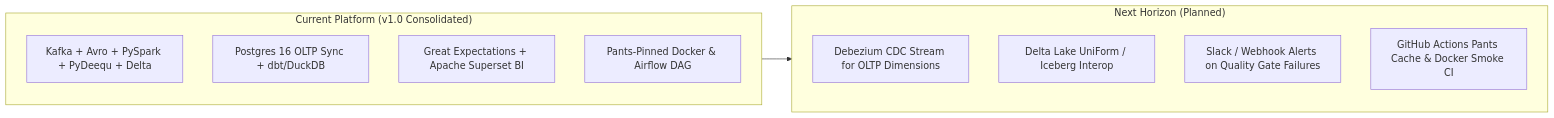
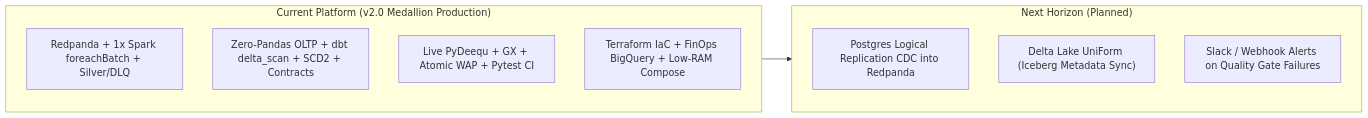
One commit to JayKay24/data-engineering changed the diagram in docs/wiki/Requirements-Traceability.md. Above: the diagram before and after it, drawn with Mermaid. The commit also changed other lines of this file and 77 other files, not shown here.

Commit message:
feat(ecommerce): modernize pipeline to Medallion Lakehouse with Redpanda, WAP DuckDB, SCD2, Cosmos & CI

````diff
--- a/docs/wiki/Requirements-Traceability.md
+++ b/docs/wiki/Requirements-Traceability.md
@@ -48,18 +41,17 @@
 ```mermaid
 flowchart LR
-  subgraph Current ["Current Platform (v1.0 Consolidated)"]
-    Stream["Kafka + Avro + PySpark + PyDeequ + Delta"]
-    OLTP["Postgres 16 OLTP Sync + dbt/DuckDB"]
-    Quality["Great Expectations + Apache Superset BI"]
-    Docker["Pants-Pinned Docker & Airflow DAG"]
+  subgraph Current ["Current Platform (v2.0 Medallion Production)"]
+    Stream["Redpanda + 1x Spark foreachBatch + Silver/DLQ"]
+    OLTP["Zero-Pandas OLTP + dbt delta_scan + SCD2 + Contracts"]
+    Quality["Live PyDeequ + GX + Atomic WAP + Pytest CI"]
+    Cloud["Terraform IaC + FinOps BigQuery + Low-RAM Compose"]
   end
 
   subgraph NextHorizon ["Next Horizon (Planned)"]
-    CDC["Debezium CDC Stream for OLTP Dimensions"]
-    Iceberg["Delta Lake UniForm / Iceberg Interop"]
+    CDC["Postgres Logical Replication CDC into Redpanda"]
+    UniForm["Delta Lake UniForm (Iceberg Metadata Sync)"]
     Alerting["Slack / Webhook Alerts on Quality Gate Failures"]
-    CI["GitHub Actions Pants Cache & Docker Smoke CI"]
   end
 
   Current --> NextHorizon
 ```
````
